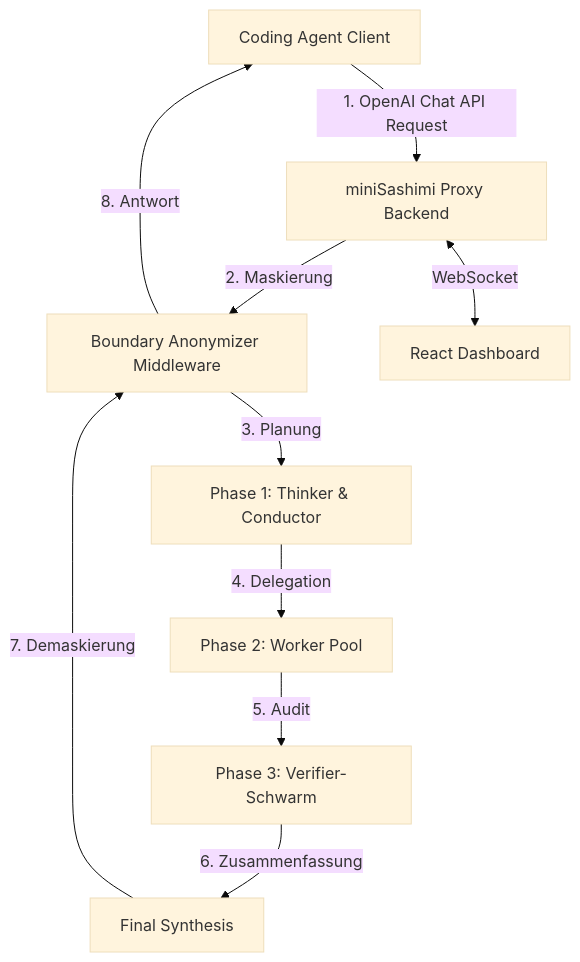
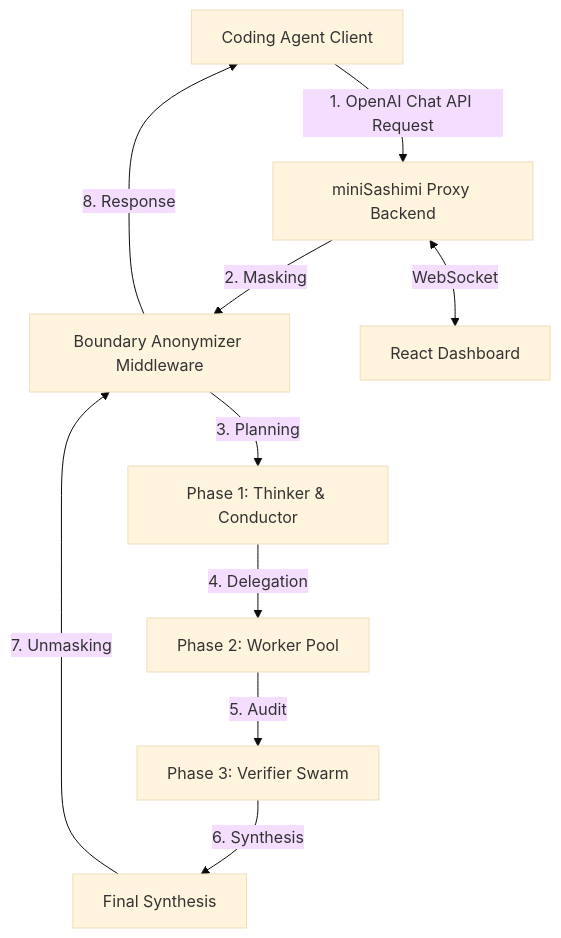
One commit to pspelsberg/miniSashimi changed the diagram in README.md. Above: the diagram before and after it, drawn with Mermaid (base theme). The commit also changed other lines of this file, not shown here.

````diff
--- a/README.md
+++ b/README.md
@@ -34,13 +34,13 @@
 ```mermaid
 graph TD
     Client[Coding Agent Client] -->|1. OpenAI Chat API Request| Proxy[miniSashimi Proxy Backend]
-    Proxy -->|2. Maskierung| Anonymizer[Boundary Anonymizer Middleware]
-    Anonymizer -->|3. Planung| Thinker[Phase 1: Thinker & Conductor]
+    Proxy -->|2. Masking| Anonymizer[Boundary Anonymizer Middleware]
+    Anonymizer -->|3. Planning| Thinker[Phase 1: Thinker & Conductor]
     Thinker -->|4. Delegation| Workers[Phase 2: Worker Pool]
-    Workers -->|5. Audit| Verifiers[Phase 3: Verifier-Schwarm]
-    Verifiers -->|6. Zusammenfassung| Synthesis[Final Synthesis]
-    Synthesis -->|7. Demaskierung| Anonymizer
-    Anonymizer -->|8. Antwort| Client
+    Workers -->|5. Audit| Verifiers[Phase 3: Verifier Swarm]
+    Verifiers -->|6. Synthesis| Synthesis[Final Synthesis]
+    Synthesis -->|7. Unmasking| Anonymizer
+    Anonymizer -->|8. Response| Client
     
     Proxy <-->|WebSocket| Dashboard[React Dashboard]
 ```
````
